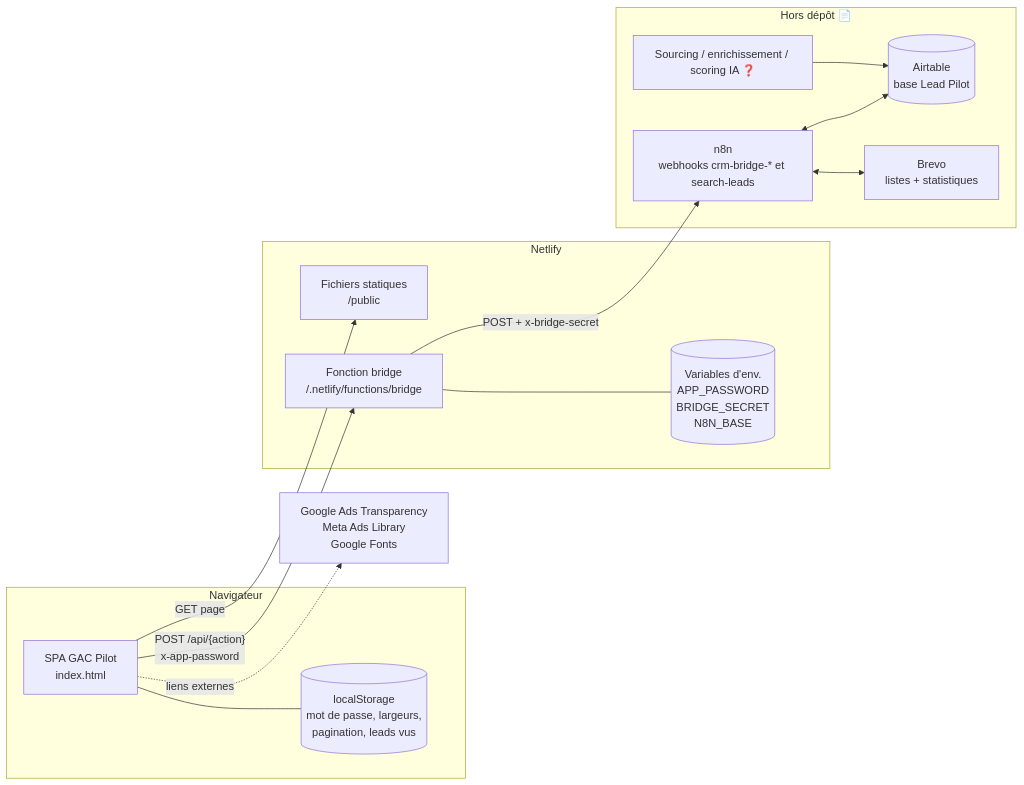
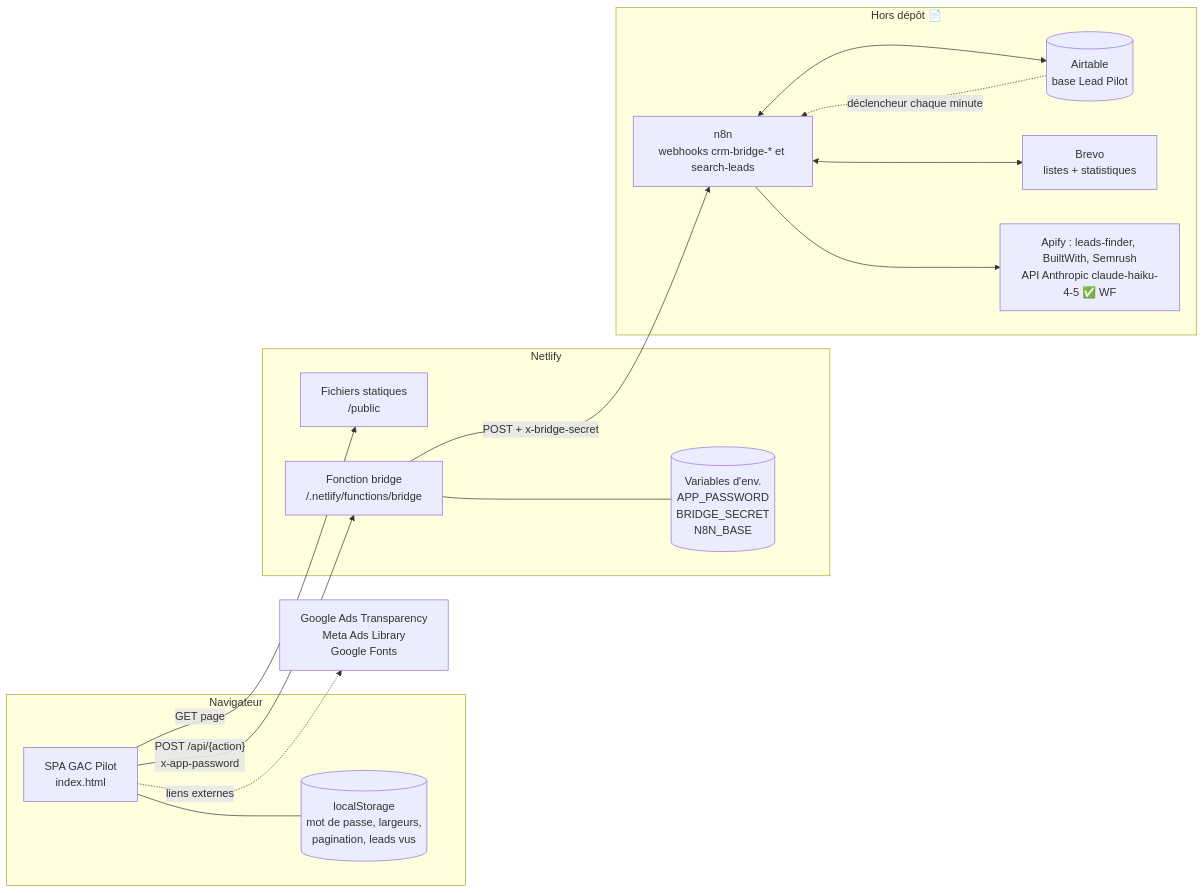
Before and after one commit to kateguttillastone-cmyk/growthlab-agency-crm: the first of 6 diagrams in docs/04_architecture_technique_et_systeme.md, drawn with Mermaid. The commit also changed other lines of this file and 3 other files, not shown here.

````diff
--- a/docs/04_architecture_technique_et_systeme.md
+++ b/docs/04_architecture_technique_et_systeme.md
@@ -31,27 +34,28 @@
 ```mermaid
 flowchart LR
     subgraph Navigateur
         UI[SPA GAC Pilot<br/>index.html]
         LS[(localStorage<br/>mot de passe, largeurs,<br/>pagination, leads vus)]
         UI --- LS
     end
     subgraph Netlify
         CDN[Fichiers statiques<br/>/public]
         FN[Fonction bridge<br/>/.netlify/functions/bridge]
         ENV[(Variables d'env.<br/>APP_PASSWORD<br/>BRIDGE_SECRET<br/>N8N_BASE)]
         FN --- ENV
     end
     subgraph "Hors dépôt 📄"
         N8N[n8n<br/>webhooks crm-bridge-* et search-leads]
         AT[(Airtable<br/>base Lead Pilot)]
         BR[Brevo<br/>listes + statistiques]
-        SRC[Sourcing / enrichissement / scoring IA ❓]
+        SRC[Apify : leads-finder, BuiltWith, Semrush<br/>API Anthropic claude-haiku-4-5 ✅ WF]
     end
     UI -- "GET page" --> CDN
     UI -- "POST /api/{action}<br/>x-app-password" --> FN
     FN -- "POST + x-bridge-secret" --> N8N
     N8N <--> AT
     N8N <--> BR
-    SRC --> AT
+    N8N --> SRC
+    AT -. déclencheur chaque minute .-> N8N
     UI -. liens externes .-> EXT[Google Ads Transparency<br/>Meta Ads Library<br/>Google Fonts]
 ```
````
